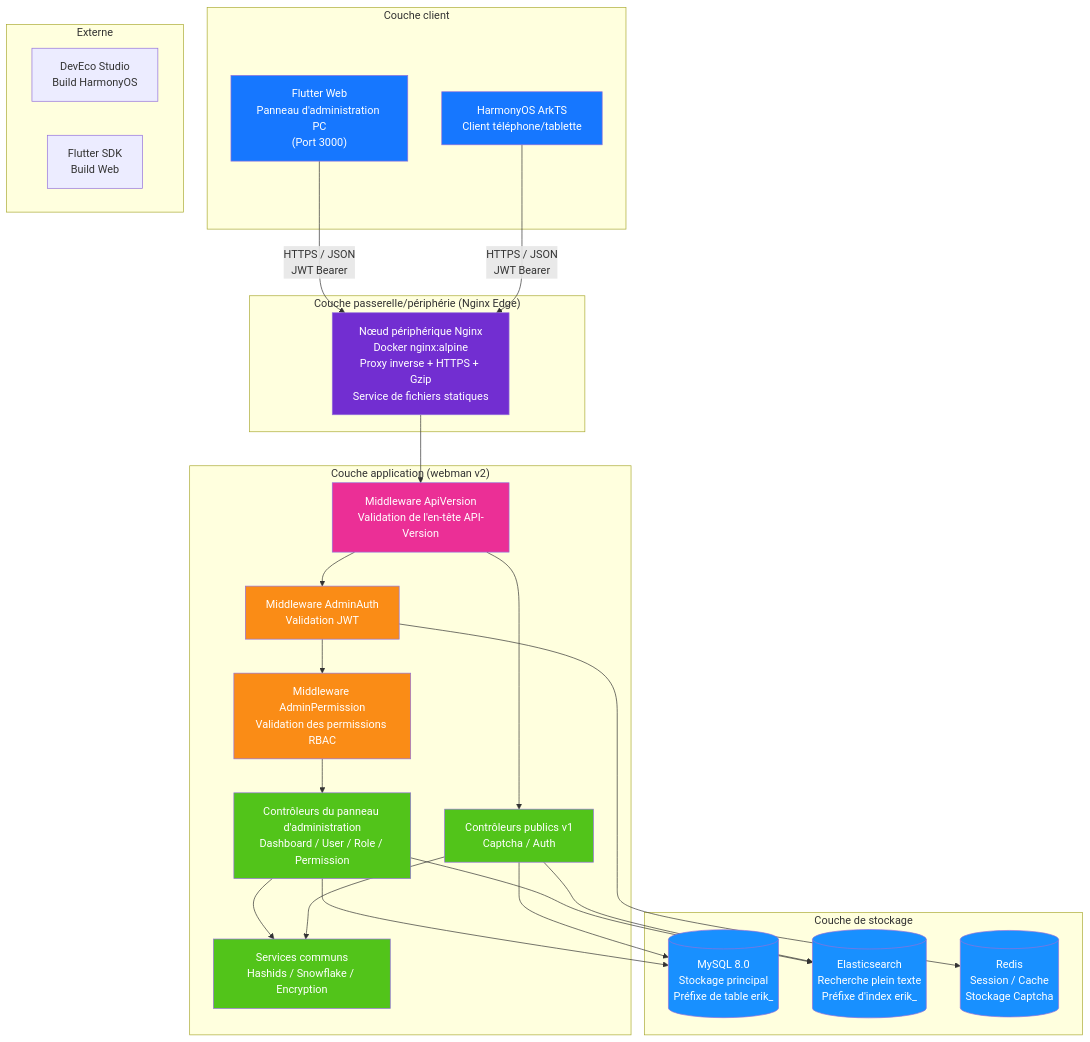
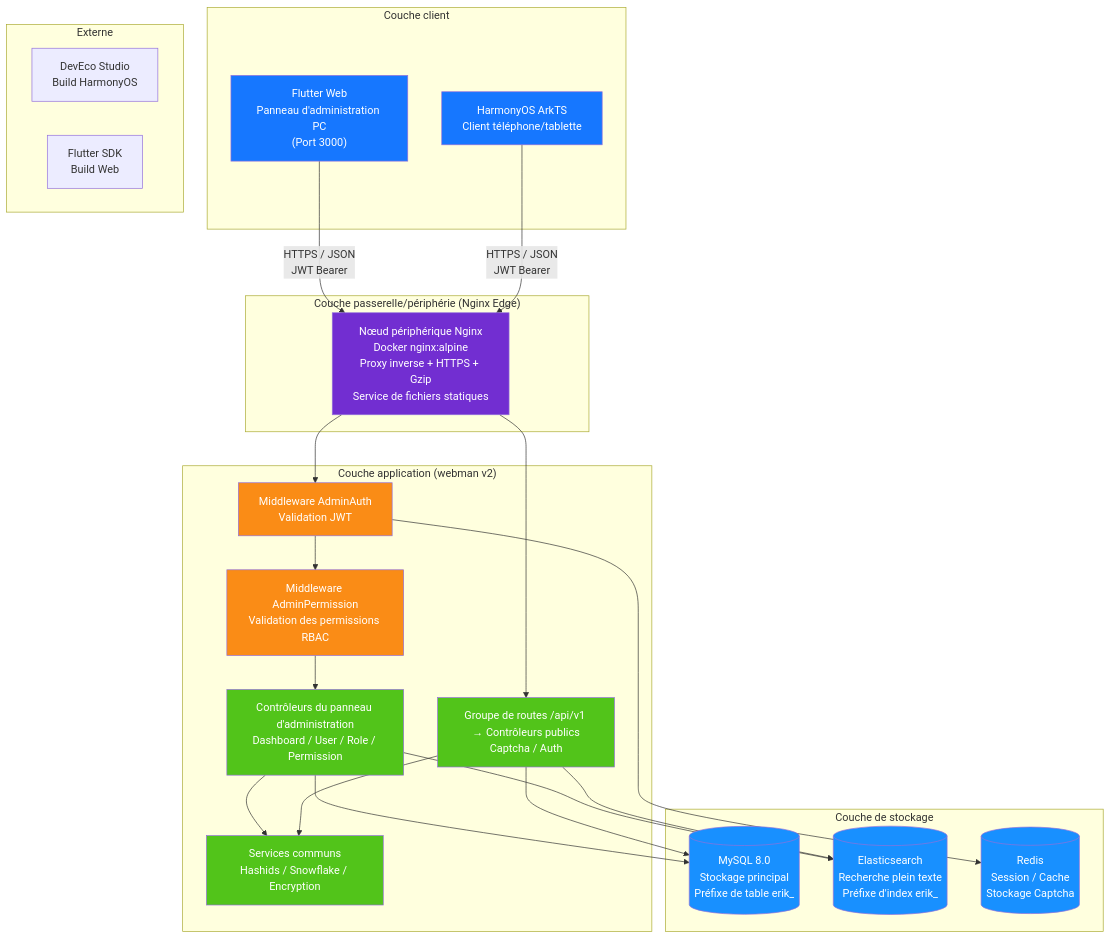
The first of 14 diagrams in docs/ARCHITECTURE.fr.md (erikwang2013/open-admin), drawn with Mermaid before and after one commit. The commit also changed other lines of this file and 115 other files, not shown here.

First line of the commit message:
功能：新增项目宠物「小安」、站点首页与手写 SVG 设计图集；全部文档对齐代码

````diff
--- a/docs/ARCHITECTURE.fr.md
+++ b/docs/ARCHITECTURE.fr.md
@@ -13,59 +15,56 @@
 ```mermaid
 flowchart TB
     subgraph "Couche client"
         A1["Flutter Web<br/>Panneau d'administration PC<br/>(Port 3000)"]
         A2["HarmonyOS ArkTS<br/>Client téléphone/tablette"]
     end
 
     subgraph "Couche passerelle/périphérie (Nginx Edge)"
         B1["Nœud périphérique Nginx<br/>Docker nginx:alpine<br/>Proxy inverse + HTTPS + Gzip<br/>Service de fichiers statiques"]
     end
 
     subgraph "Couche application (webman v2)"
-        C0["Middleware ApiVersion<br/>Validation de l'en-tête API-Version"]
         C1["Middleware AdminAuth<br/>Validation JWT"]
         C2["Middleware AdminPermission<br/>Validation des permissions RBAC"]
         C3["Contrôleurs du panneau d'administration<br/>Dashboard / User / Role / Permission"]
-        C4["Contrôleurs publics v1<br/>Captcha / Auth"]
+        C4["Groupe de routes /api/v1 → Contrôleurs publics<br/>Captcha / Auth"]
         C5["Services communs<br/>Hashids / Snowflake / Encryption"]
     end
 
     subgraph "Couche de stockage"
         D1[("MySQL 8.0<br/>Stockage principal<br/>Préfixe de table erik_")]
         D2[("Elasticsearch<br/>Recherche plein texte<br/>Préfixe d'index erik_")]
         D3[("Redis<br/>Session / Cache<br/>Stockage Captcha")]
     end
 
     subgraph "Externe"
         E1["DevEco Studio<br/>Build HarmonyOS"]
         E2["Flutter SDK<br/>Build Web"]
     end
 
     A1 -->|"HTTPS / JSON<br/>JWT Bearer"| B1
     A2 -->|"HTTPS / JSON<br/>JWT Bearer"| B1
-    B1 --> C0
-    C0 --> C1
+    B1 --> C1
+    B1 --> C4
     C1 --> C2
     C2 --> C3
-    C0 --> C4
     C3 --> C5
     C4 --> C5
     C3 --> D1
     C4 --> D1
     C3 --> D2
     C4 --> D2
     C1 --> D3
 
     style A1 fill:#1677FF,color:#fff
     style A2 fill:#1677FF,color:#fff
     style B1 fill:#722ED1,color:#fff
-    style C0 fill:#EB2F96,color:#fff
     style C1 fill:#FA8C16,color:#fff
     style C2 fill:#FA8C16,color:#fff
     style C3 fill:#52C41A,color:#fff
     style C4 fill:#52C41A,color:#fff
     style C5 fill:#52C41A,color:#fff
     style D1 fill:#1890FF,color:#fff
     style D2 fill:#1890FF,color:#fff
     style D3 fill:#1890FF,color:#fff
 ```
````
